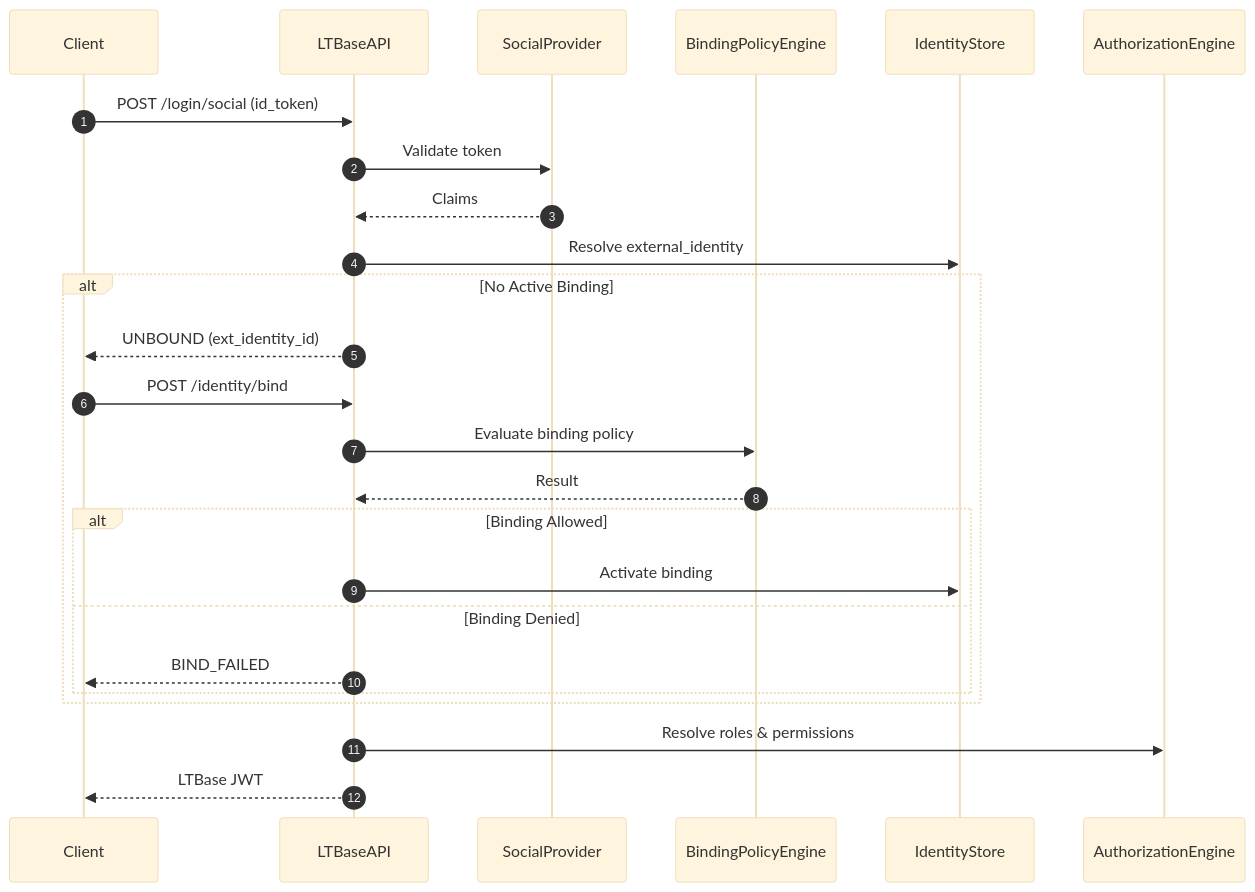
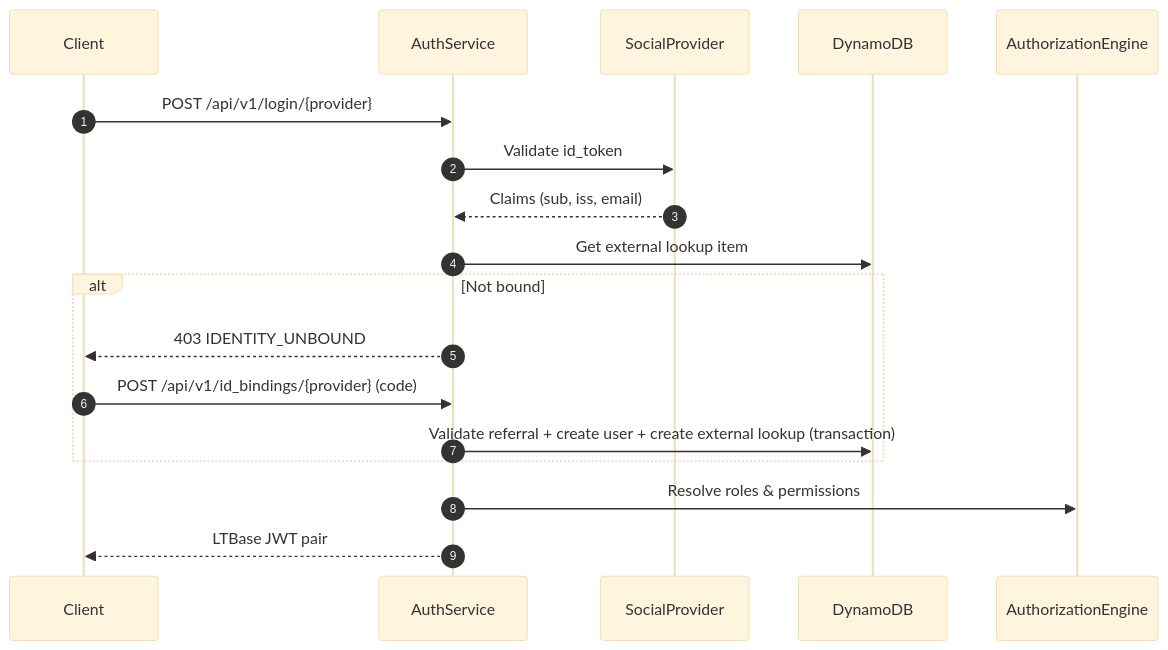
One commit to Lychee-Technology/rfc changed the diagram in EN/aaa.md. Above: the diagram before and after it, drawn with Mermaid (base theme). The commit also changed other lines of this file, not shown here.

Commit message:
refactor: update identity binding documentation for clarity and accuracy

````diff
--- a/EN/aaa.md
+++ b/EN/aaa.md
@@ -237,31 +230,24 @@
 ```mermaid
 sequenceDiagram
     autonumber
     participant Client
-    participant LTBaseAPI
+    participant AuthService
     participant SocialProvider
-    participant BindingPolicyEngine
-    participant IdentityStore
+    participant DynamoDB
     participant AuthorizationEngine
 
-    Client->>LTBaseAPI: POST /login/social (id_token)
-    LTBaseAPI->>SocialProvider: Validate token
-    SocialProvider-->>LTBaseAPI: Claims
+    Client->>AuthService: POST /api/v1/login/{provider}
+    AuthService->>SocialProvider: Validate id_token
+    SocialProvider-->>AuthService: Claims (sub, iss, email)
 
-    LTBaseAPI->>IdentityStore: Resolve external_identity
+    AuthService->>DynamoDB: Get external lookup item
 
-    alt No Active Binding
-        LTBaseAPI-->>Client: UNBOUND (ext_identity_id)
-        Client->>LTBaseAPI: POST /identity/bind
-        LTBaseAPI->>BindingPolicyEngine: Evaluate binding policy
-        BindingPolicyEngine-->>LTBaseAPI: Result
-        alt Binding Allowed
-            LTBaseAPI->>IdentityStore: Activate binding
-        else Binding Denied
-            LTBaseAPI-->>Client: BIND_FAILED
-        end
+    alt Not bound
+        AuthService-->>Client: 403 IDENTITY_UNBOUND
+        Client->>AuthService: POST /api/v1/id_bindings/{provider} (code)
+        AuthService->>DynamoDB: Validate referral + create user + create external lookup (transaction)
     end
 
-    LTBaseAPI->>AuthorizationEngine: Resolve roles & permissions
-    LTBaseAPI-->>Client: LTBase JWT
+    AuthService->>AuthorizationEngine: Resolve roles & permissions
+    AuthService-->>Client: LTBase JWT pair
 ```
````
